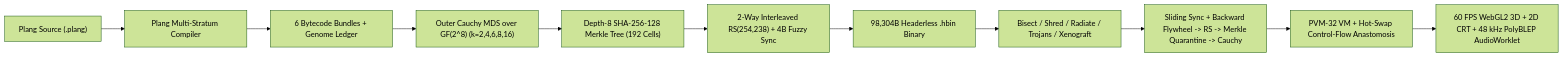
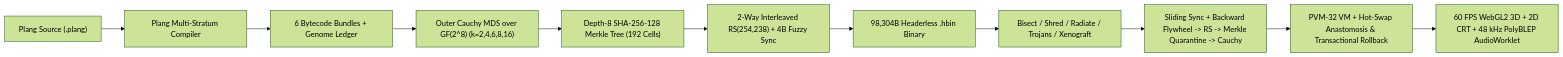
The diagram in README.md (0thernes/planaria), drawn with Mermaid (forest theme) before and after one commit. The commit also changed other lines of this file and 123 other files, not shown here.

````diff
--- a/README.md
+++ b/README.md
@@ -89,13 +100,13 @@
 ```mermaid
 flowchart LR
   SRC["Plang Source (.plang)"] --> CMP["Plang Multi-Stratum Compiler"]
   CMP --> BUNDLES["6 Bytecode Bundles + Genome Ledger"]
   BUNDLES --> CAUCHY["Outer Cauchy MDS over GF(2^8) (k=2,4,6,8,16)"]
   CAUCHY --> MERKLE["Depth-8 SHA-256-128 Merkle Tree (192 Cells)"]
   MERKLE --> RS["2-Way Interleaved RS(254,238) + 4B Fuzzy Sync"]
   RS --> HBIN["98,304B Headerless .hbin Binary"]
   HBIN --> SURG["Bisect / Shred / Radiate / Trojans / Xenograft"]
   SURG --> DEC["Sliding Sync + Backward Flywheel -> RS -> Merkle Quarantine -> Cauchy"]
-  DEC --> PVM["PVM-32 VM + Hot-Swap Control-Flow Anastomosis"]
+  DEC --> PVM["PVM-32 VM + Hot-Swap Anastomosis & Transactional Rollback"]
   PVM --> OUT["60 FPS WebGL2 3D + 2D CRT + 48 kHz PolyBLEP AudioWorklet"]
 ```
````
